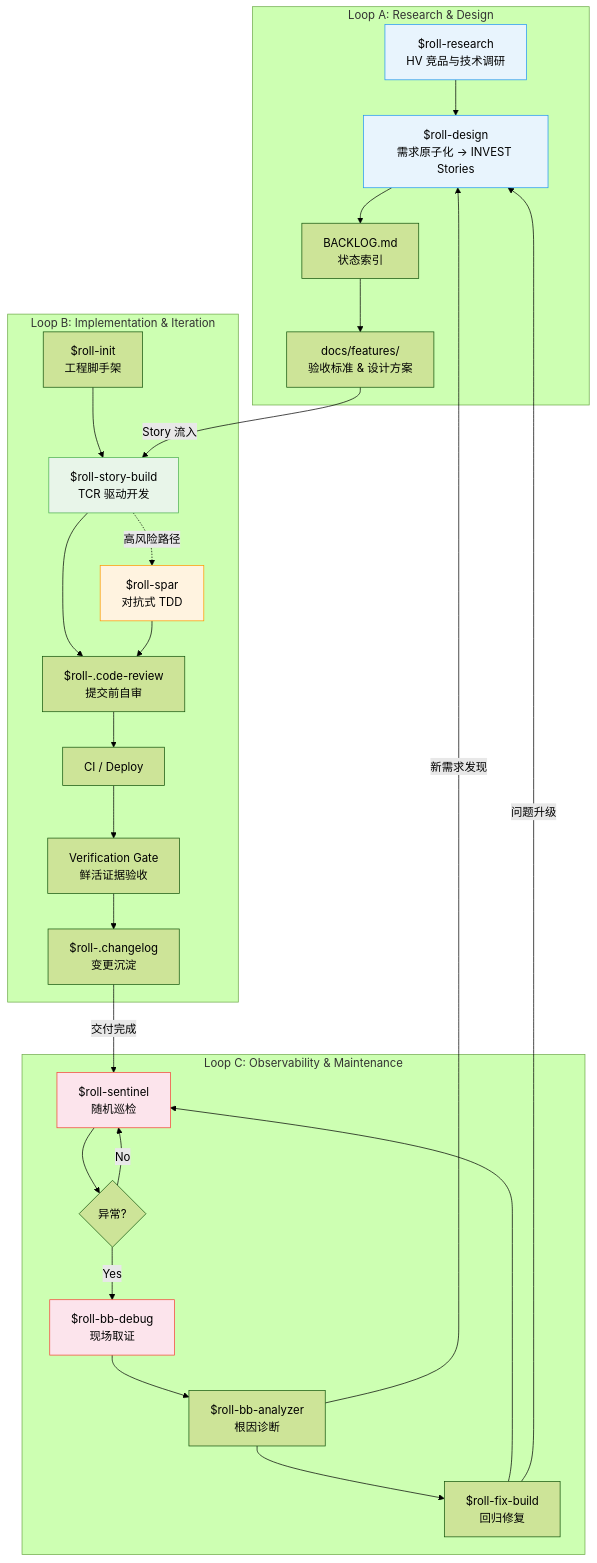
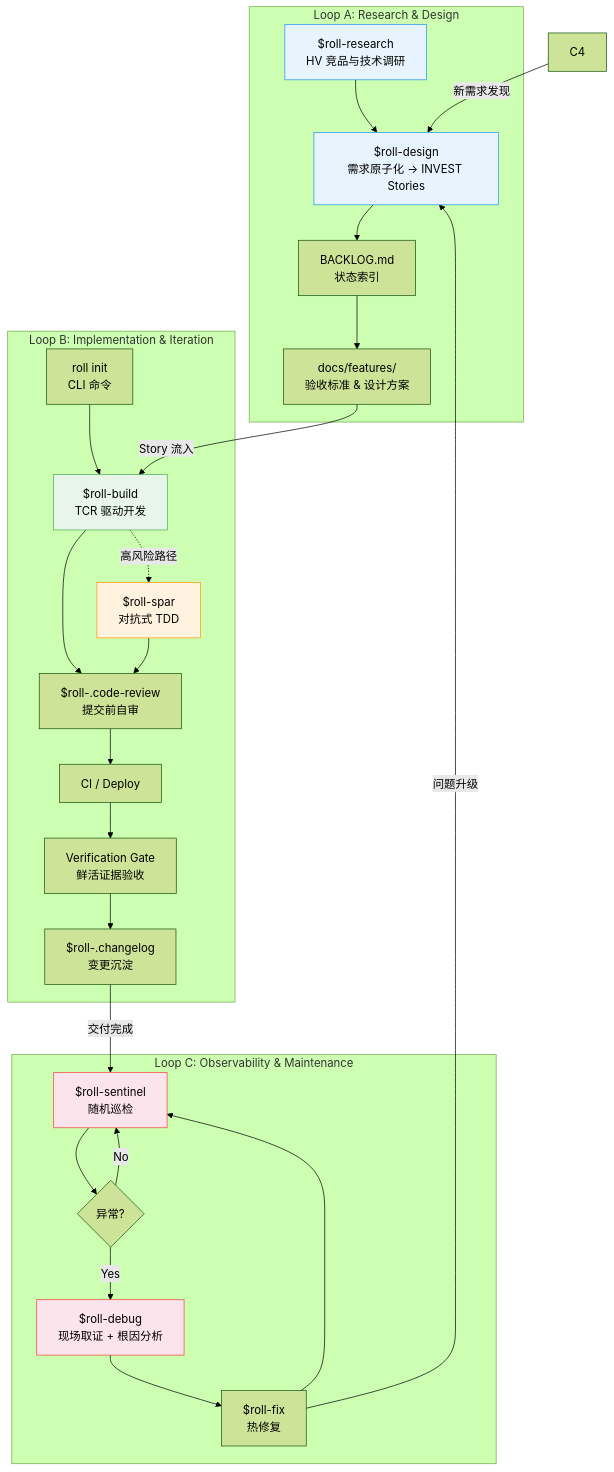
One commit to seanyao/roll changed the first of 2 diagrams in docs/methodology.md. Above: the diagram before and after it, drawn with Mermaid (forest theme). The commit also changed other lines of this file, not shown here.

````diff
--- a/docs/methodology.md
+++ b/docs/methodology.md
@@ -24,39 +24,38 @@
 ```mermaid
 graph TB
     subgraph "Loop A: Research & Design"
         A1["$roll-research<br/>HV 竞品与技术调研"] --> A2["$roll-design<br/>需求原子化 → INVEST Stories"]
         A2 --> A3["BACKLOG.md<br/>状态索引"]
         A3 --> A4["docs/features/<br/>验收标准 & 设计方案"]
     end
 
     subgraph "Loop B: Implementation & Iteration"
-        B1["$roll-init<br/>工程脚手架"] --> B2["$roll-story-build<br/>TCR 驱动开发"]
+        B1["roll init<br/>CLI 命令"] --> B2["$roll-build<br/>TCR 驱动开发"]
         B2 --> B3["$roll-.code-review<br/>提交前自审"]
         B3 --> B4["CI / Deploy"]
         B4 --> B5["Verification Gate<br/>鲜活证据验收"]
         B5 --> B6["$roll-.changelog<br/>变更沉淀"]
         B2 -.->|高风险路径| B7["$roll-spar<br/>对抗式 TDD"]
         B7 --> B3
     end
 
     subgraph "Loop C: Observability & Maintenance"
         C1["$roll-sentinel<br/>随机巡检"] --> C2{"异常?"}
-        C2 -->|Yes| C3["$roll-bb-debug<br/>现场取证"]
-        C3 --> C4["$roll-bb-analyzer<br/>根因诊断"]
-        C4 --> C5["$roll-fix-build<br/>回归修复"]
+        C2 -->|Yes| C3["$roll-debug<br/>现场取证 + 根因分析"]
+        C3 --> C5["$roll-fix<br/>热修复"]
         C5 --> C1
         C2 -->|No| C1
     end
 
     A4 -->|"Story 流入"| B2
     B6 -->|"交付完成"| C1
     C5 -->|"问题升级"| A2
     C4 -->|"新需求发现"| A2
 
     style A1 fill:#e8f4fd,stroke:#2196F3
     style A2 fill:#e8f4fd,stroke:#2196F3
     style B2 fill:#e8f5e9,stroke:#4CAF50
     style B7 fill:#fff3e0,stroke:#FF9800
     style C1 fill:#fce4ec,stroke:#F44336
     style C3 fill:#fce4ec,stroke:#F44336
 ```
````
